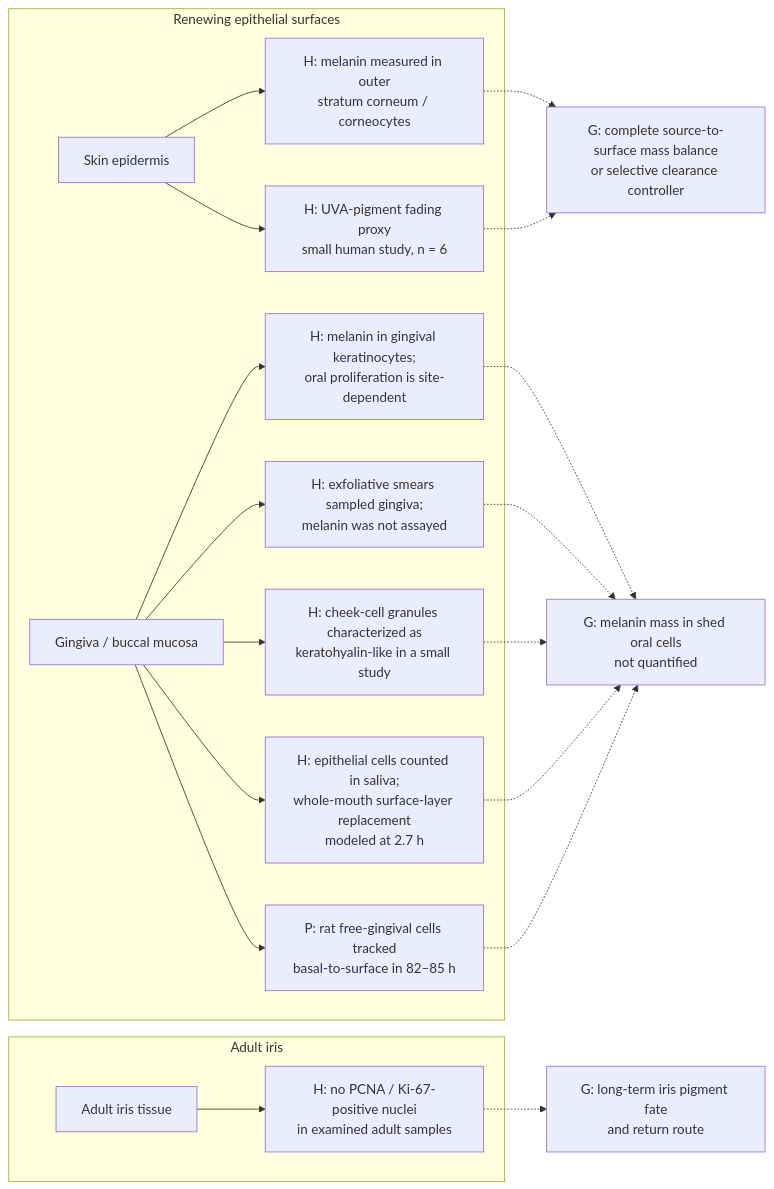
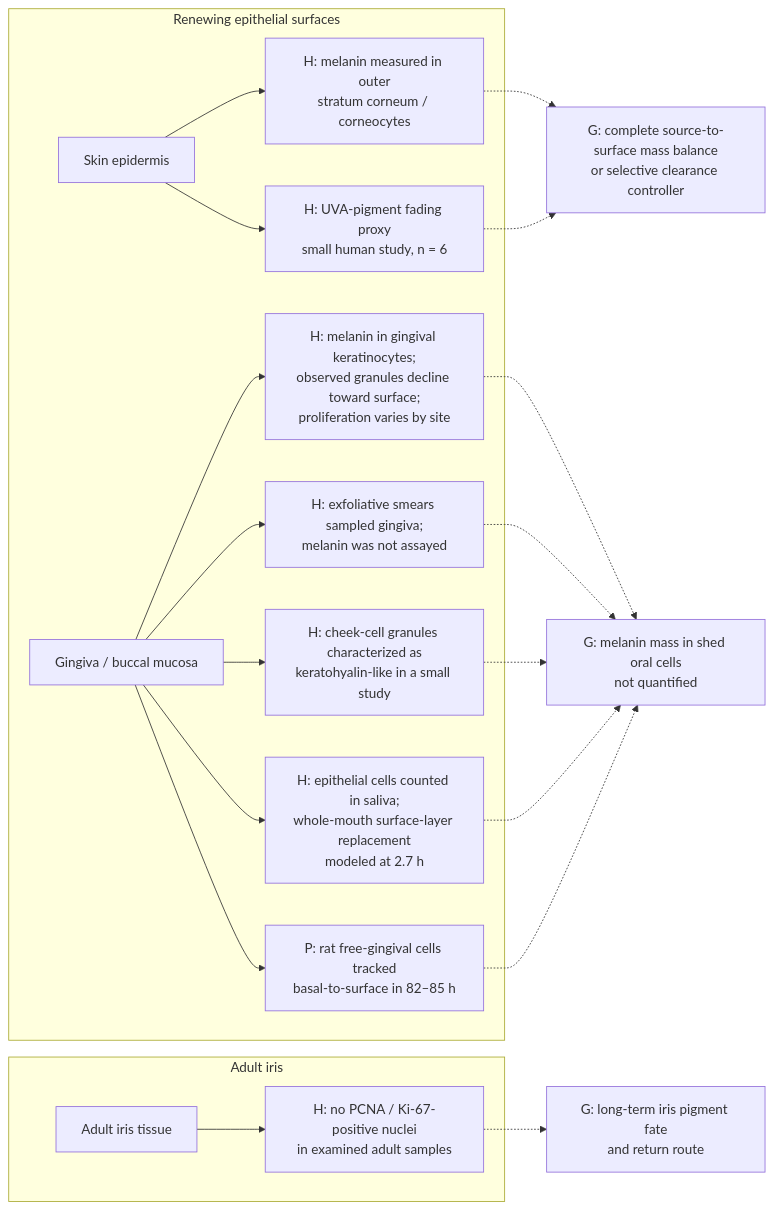
Before and after one commit to dylanstechmann/iris-color-without-contacts: the fifth of 38 diagrams in research/tissue-pigment-atlas.md, drawn with Mermaid. The commit also changed other lines of this file, not shown here.

Commit message:
Add gingival melanin depth-gradient evidence

````diff
--- a/research/tissue-pigment-atlas.md
+++ b/research/tissue-pigment-atlas.md
@@ -139,23 +139,23 @@
 ```mermaid
 flowchart LR
     subgraph surfaces["Renewing epithelial surfaces"]
         Skin["Skin epidermis"] --> SkinEvidence["H: melanin measured in outer<br/>stratum corneum / corneocytes"]
         Skin --> SkinProxy["H: UVA-pigment fading proxy<br/>small human study, n = 6"]
-        Oral["Gingiva / buccal mucosa"] --> OralEvidence["H: melanin in gingival keratinocytes;<br/>oral proliferation is site-dependent"]
+        Oral["Gingiva / buccal mucosa"] --> OralEvidence["H: melanin in gingival keratinocytes;<br/>observed granules decline toward surface;<br/>proliferation varies by site"]
         Oral --> ShedCellEvidence["H: exfoliative smears sampled gingiva;<br/>melanin was not assayed"]
         Oral --> ShedGranuleEvidence["H: cheek-cell granules characterized as<br/>keratohyalin-like in a small study"]
         Oral --> OralShedding["H: epithelial cells counted in saliva;<br/>whole-mouth surface-layer replacement<br/>modeled at 2.7 h"]
         Oral --> RatTransit["P: rat free-gingival cells tracked<br/>basal-to-surface in 82–85 h"]
     end
     subgraph iris["Adult iris"]
         Iris["Adult iris tissue"] --> IrisEvidence["H: no PCNA / Ki-67-positive nuclei<br/>in examined adult samples"]
     end
     SkinEvidence -.-> SkinGap
     SkinProxy -.-> SkinGap["G: complete source-to-surface mass balance<br/>or selective clearance controller"]
     OralEvidence -.-> OralGap["G: melanin mass in shed oral cells<br/>not quantified"]
     ShedCellEvidence -.-> OralGap
     ShedGranuleEvidence -.-> OralGap
     OralShedding -.-> OralGap
     RatTransit -.-> OralGap
     IrisEvidence -.-> IrisGap["G: long-term iris pigment fate<br/>and return route"]
 ```
````
